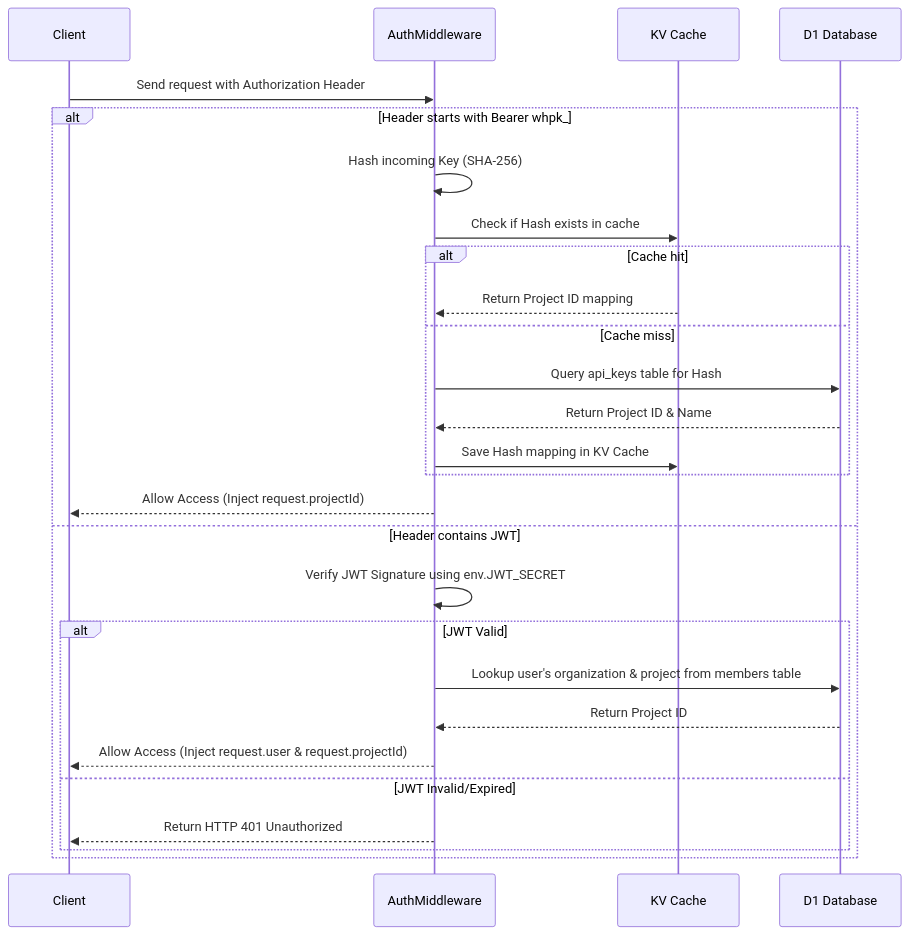
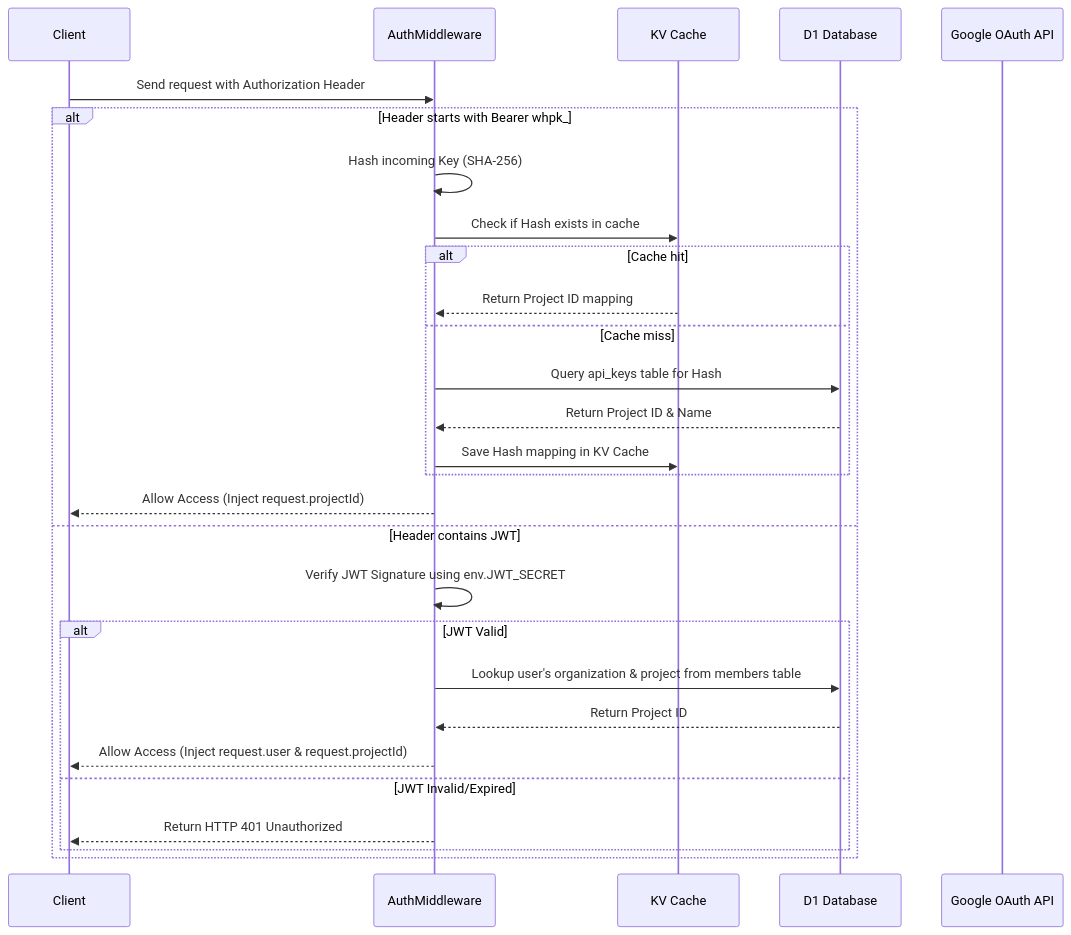
The first of 2 diagrams in docs/api/authentication.md (MasirJafri1/Webhook-Hub), drawn with Mermaid before and after one commit. The commit also changed other lines of this file and 9 other files, not shown here.

Commit message:
docs: overhaul README and docs with Mermaid diagrams, Google OAuth flow, and security hardening

````diff
--- a/docs/api/authentication.md
+++ b/docs/api/authentication.md
@@ -38,30 +57,31 @@
 ```mermaid
 sequenceDiagram
     participant Client
     participant AuthMiddleware
     participant Cache as KV Cache
     participant DB as D1 Database
+    participant Google as Google OAuth API
 
     Client->>AuthMiddleware: Send request with Authorization Header
     alt Header starts with Bearer whpk_
         AuthMiddleware->>AuthMiddleware: Hash incoming Key (SHA-256)
         AuthMiddleware->>Cache: Check if Hash exists in cache
         alt Cache hit
             Cache-->>AuthMiddleware: Return Project ID mapping
         else Cache miss
             AuthMiddleware->>DB: Query api_keys table for Hash
             DB-->>AuthMiddleware: Return Project ID & Name
             AuthMiddleware->>Cache: Save Hash mapping in KV Cache
         end
         AuthMiddleware-->>Client: Allow Access (Inject request.projectId)
     else Header contains JWT
         AuthMiddleware->>AuthMiddleware: Verify JWT Signature using env.JWT_SECRET
         alt JWT Valid
             AuthMiddleware->>DB: Lookup user's organization & project from members table
             DB-->>AuthMiddleware: Return Project ID
             AuthMiddleware-->>Client: Allow Access (Inject request.user & request.projectId)
         else JWT Invalid/Expired
             AuthMiddleware-->>Client: Return HTTP 401 Unauthorized
         end
     end
 ```
````
